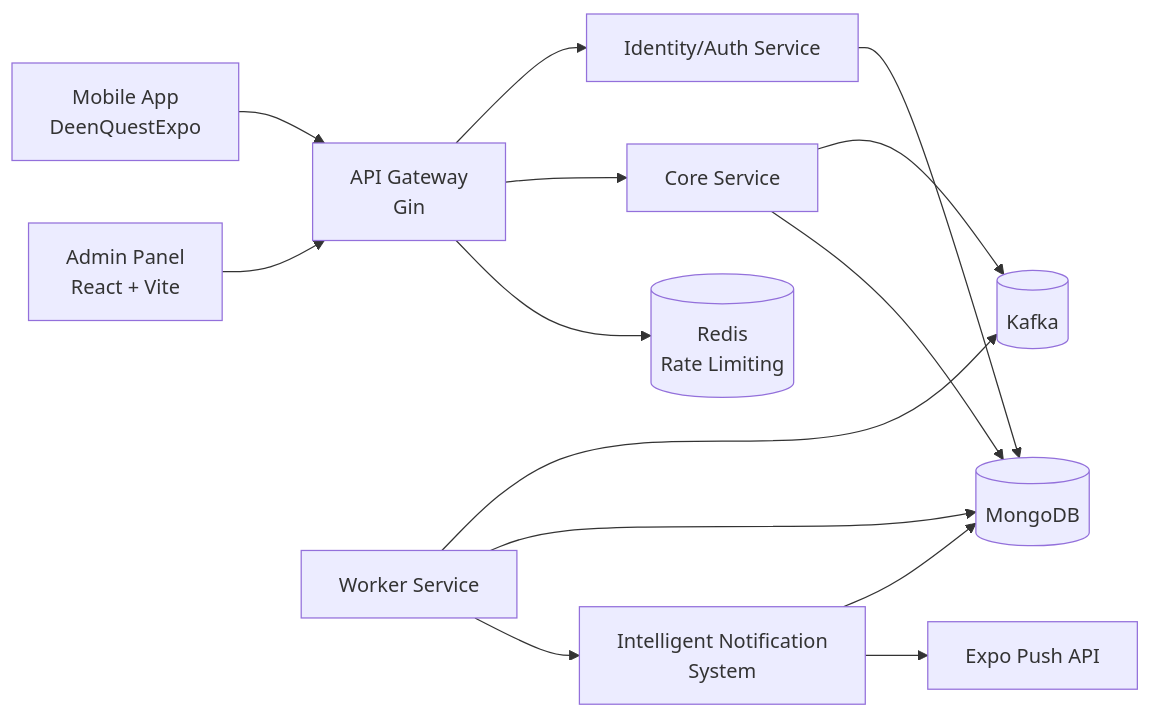
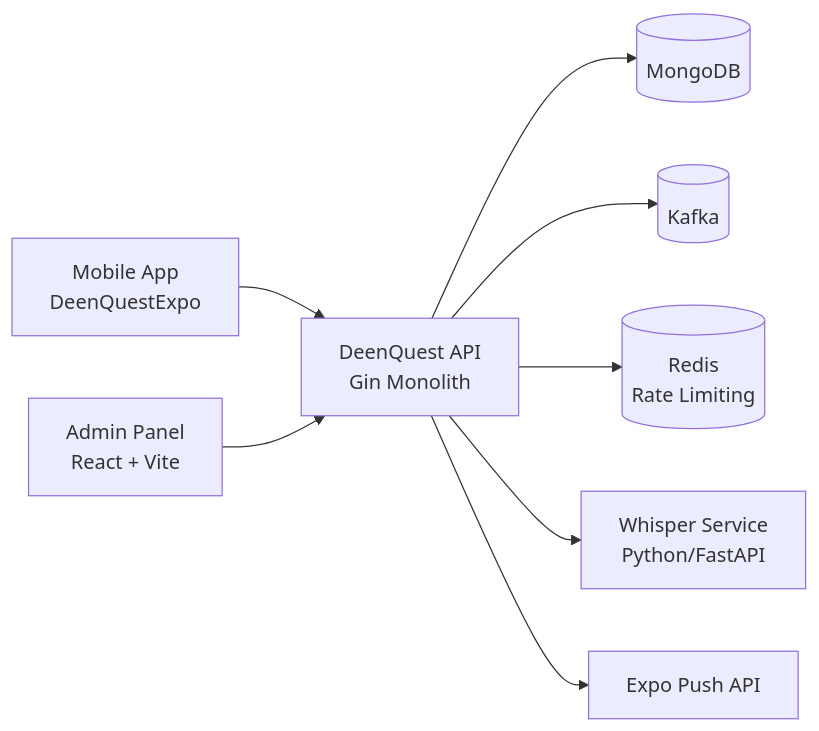
One commit to M-awais-rasool/DeenQuest changed the diagram in README.md. Above: the diagram before and after it, drawn with Mermaid. The commit also changed other lines of this file, not shown here.

````diff
--- a/README.md
+++ b/README.md
@@ -87,21 +132,11 @@
 ```mermaid
 flowchart LR
-  M[Mobile App\nDeenQuestExpo] --> G[API Gateway\nGin]
-  A[Admin Panel\nReact + Vite] --> G
+  M[Mobile App\nDeenQuestExpo] --> API[DeenQuest API\nGin Monolith]
+  A[Admin Panel\nReact + Vite] --> API
 
-  G --> I[Identity/Auth Service]
-  G --> C[Core Service]
-
-  C --> K[(Kafka)]
-  W[Worker Service] --> K
-
-  I --> DB[(MongoDB)]
-  C --> DB
-  W --> DB
-
-  G --> R[(Redis\nRate Limiting)]
-
-  W --> N[Intelligent Notification\nSystem]
-  N --> DB
-  N --> P[Expo Push API]
+  API --> DB[(MongoDB)]
+  API --> K[(Kafka)]
+  API --> R[(Redis\nRate Limiting)]
+  API --> W[Whisper Service\nPython/FastAPI]
+  API --> P[Expo Push API]
 ```
````
